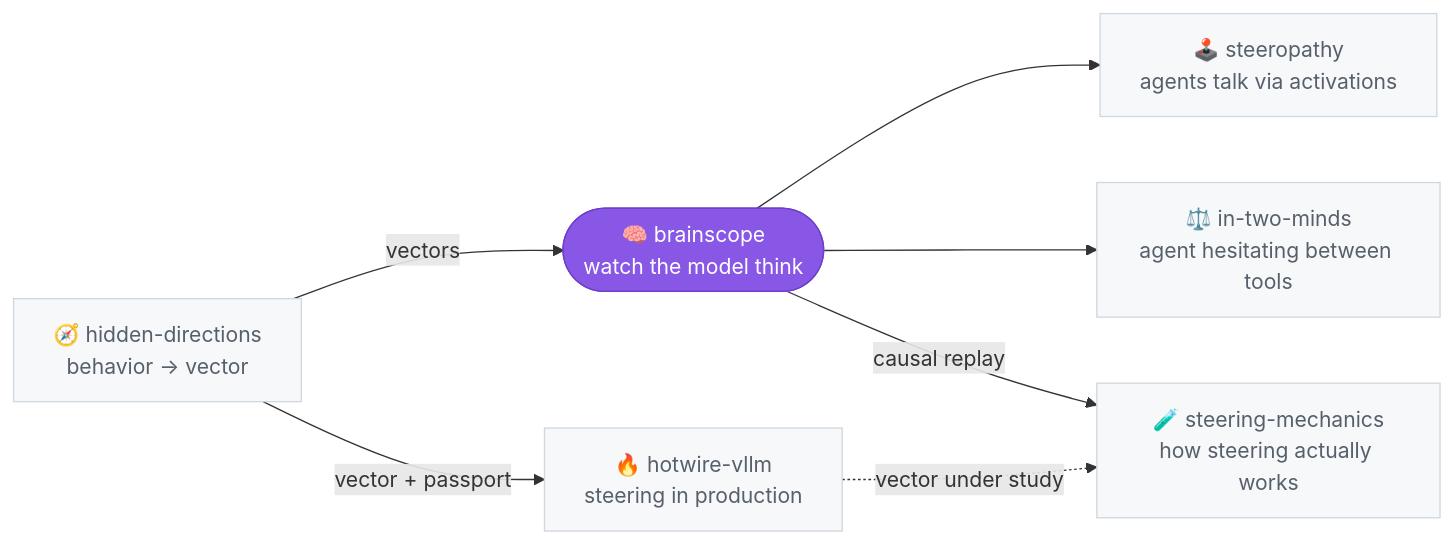
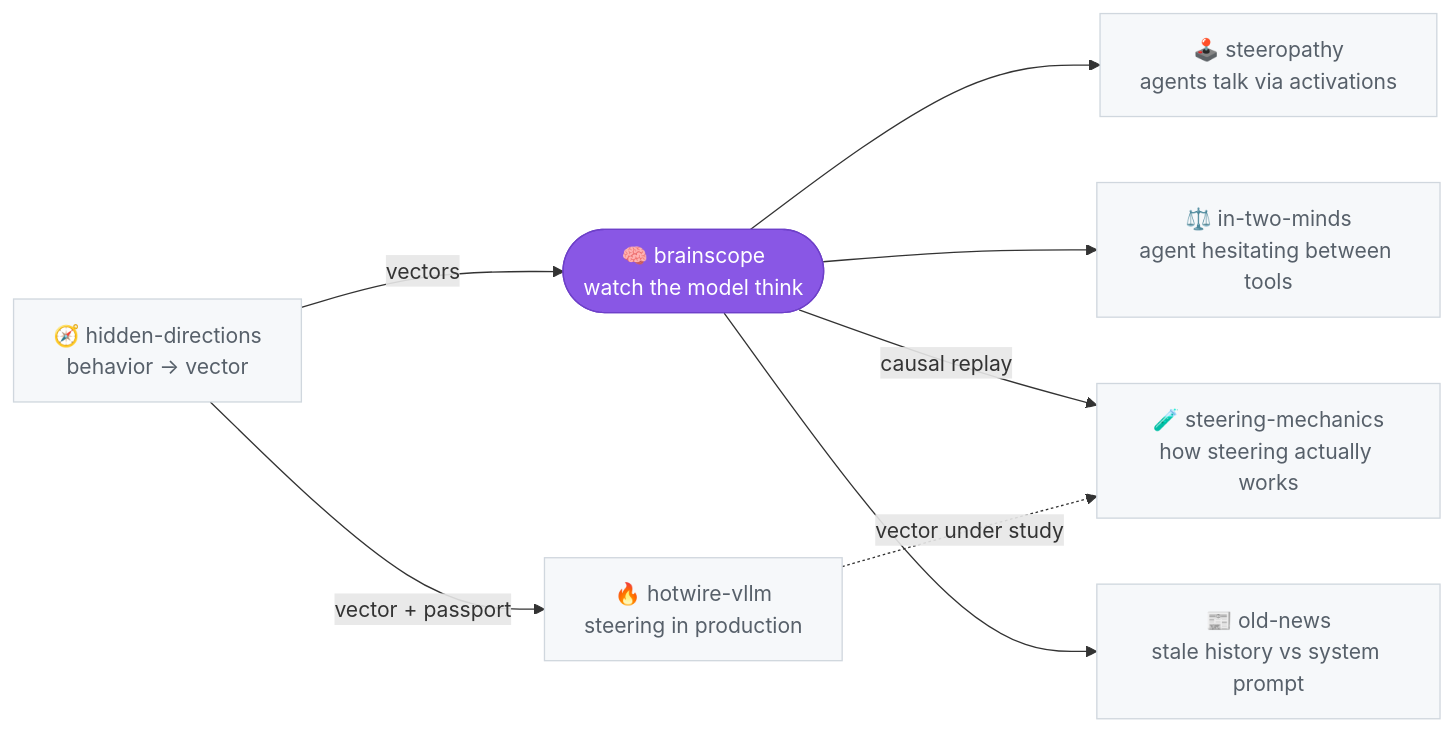
One commit to moudrkat/brainscope changed the third of 3 diagrams in README.md. Above: the diagram before and after it, drawn with Mermaid.

Commit message:
Add old-news to the lab map

````diff
--- a/README.md
+++ b/README.md
@@ -402,28 +402,31 @@
 ```mermaid
 flowchart LR
     hd["🧭 hidden-directions<br/>behavior → vector"]
     bs(["🧠 brainscope<br/>watch the model think"])
     hw["🔥 hotwire-vllm<br/>steering in production"]
     st["🕹️ steeropathy<br/>agents talk via activations"]
     tm["⚖️ in-two-minds<br/>agent hesitating between tools"]
     sm["🧪 steering-mechanics<br/>how steering actually works"]
+    on["📰 old-news<br/>stale history vs system prompt"]
 
     hd -->|vectors| bs
     hd -->|vector + passport| hw
     bs --> st
     bs --> tm
     bs -->|causal replay| sm
+    bs --> on
     hw -.->|vector under study| sm
 
     click hd "https://github.com/moudrkat/hidden-directions"
     click bs "https://github.com/moudrkat/brainscope"
     click hw "https://github.com/moudrkat/hotwire-vllm"
     click st "https://github.com/moudrkat/steeropathy"
     click tm "https://github.com/moudrkat/in-two-minds"
     click sm "https://github.com/moudrkat/steering-mechanics"
+    click on "https://github.com/moudrkat/old-news"
 
     classDef dim fill:#f6f8fa,stroke:#d0d7de,color:#57606a;
     classDef here fill:#8957e5,stroke:#6e40c9,color:#ffffff;
-    class hd,bs,hw,st,tm,sm dim;
+    class hd,bs,hw,st,tm,sm,on dim;
     class bs here;
 ```
````
